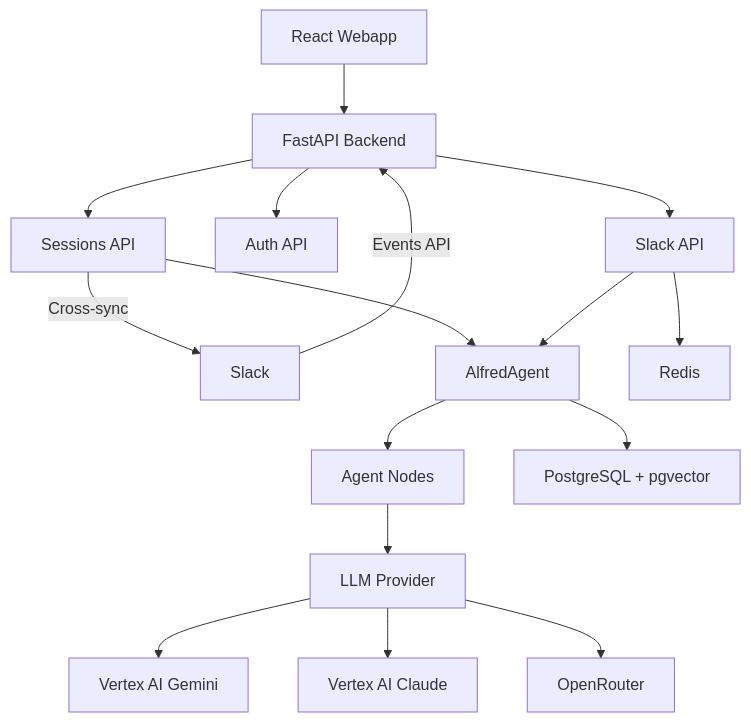
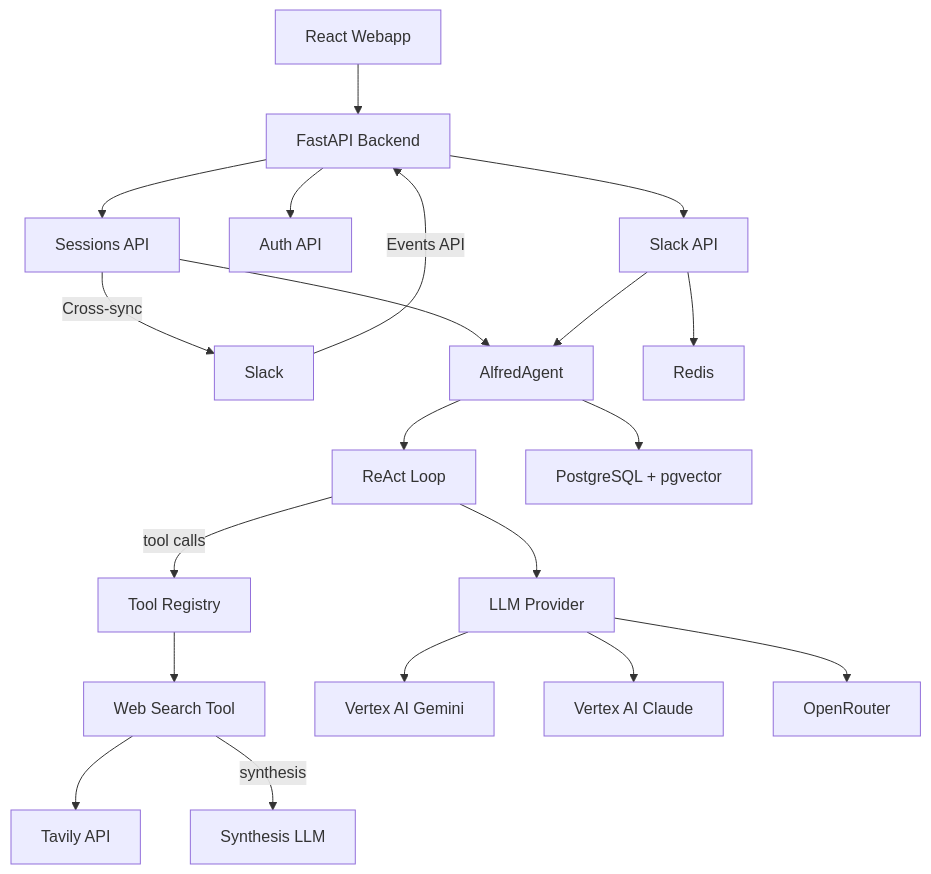
Before and after one commit to tekkno89/alfred-pa: the diagram in .claude/diagrams/architecture.md, drawn with Mermaid. The commit also changed other lines of this file and 7 other files, not shown here.

First line of the commit message:
docs: Update diagrams and docs for web search and tool-calling system

````diff
--- a/.claude/diagrams/architecture.md
+++ b/.claude/diagrams/architecture.md
@@ -5,18 +5,22 @@
 ```mermaid
 graph TD
     A[React Webapp] --> B[FastAPI Backend]
     C[Slack] -->|Events API| B
     B --> D[Sessions API]
     B --> E[Auth API]
     B --> S[Slack API]
     D --> F[AlfredAgent]
     S --> F
-    F --> G[Agent Nodes]
+    F --> G[ReAct Loop]
     G --> H[LLM Provider]
+    G -->|tool calls| T[Tool Registry]
+    T --> WS[Web Search Tool]
+    WS --> TV[Tavily API]
+    WS -->|synthesis| H2[Synthesis LLM]
     H --> I[Vertex AI Gemini]
     H --> J[Vertex AI Claude]
     H --> K[OpenRouter]
     F --> L[PostgreSQL + pgvector]
     S --> M[Redis]
     D -->|Cross-sync| C
 ```
````
